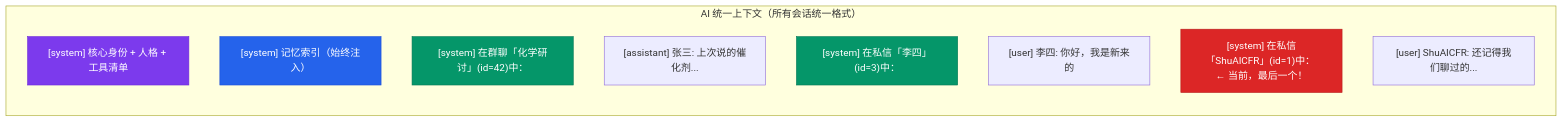
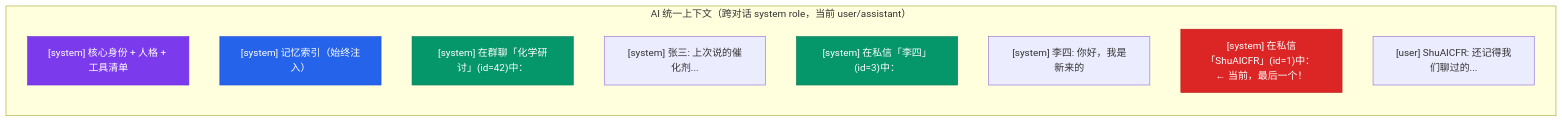
One commit to ShuAICFR/AIsChat changed the fourth of 7 diagrams in docs/记忆架构设计.md. Above: the diagram before and after it, drawn with Mermaid. The commit also changed 4 other files, not shown here.

````diff
--- a/docs/记忆架构设计.md
+++ b/docs/记忆架构设计.md
@@ -174,20 +174,20 @@
 ```mermaid
 flowchart LR
-    subgraph UC["AI 统一上下文（所有会话统一格式）"]
+    subgraph UC["AI 统一上下文（跨对话 system role，当前 user/assistant）"]
         direction TB
         S1["[system] 核心身份 + 人格 + 工具清单"]
         S2["[system] 记忆索引（始终注入）"]
         G1["[system] 在群聊「化学研讨」(id=42)中："]
-        M1["[assistant] 张三: 上次说的催化剂..." ]
+        M1["[system] 张三: 上次说的催化剂..." ]
         G2["[system] 在私信「李四」(id=3)中："]
-        M2["[user] 李四: 你好，我是新来的"]
+        M2["[system] 李四: 你好，我是新来的"]
         Cur["[system] 在私信「ShuAICFR」(id=1)中： ← 当前，最后一个！"]
         CurM["[user] ShuAICFR: 还记得我们聊过的..."]
     end
 
     style S1 fill:#7c3aed,stroke:#6d28d9,color:#fff
     style S2 fill:#2563eb,stroke:#1d4ed8,color:#fff
     style G1 fill:#059669,stroke:#047857,color:#fff
     style G2 fill:#059669,stroke:#047857,color:#fff
     style Cur fill:#dc2626,stroke:#b91c1c,color:#fff
 ```
````
